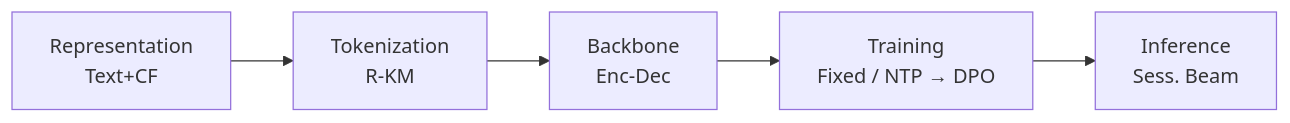
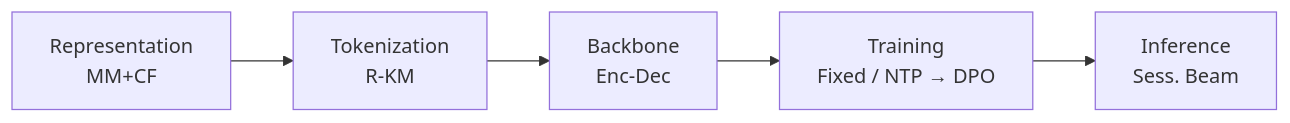
The first of 3 diagrams in pages/papers/onerec.md (Galaxy-ghost/Awesome-SID-Generative-Rec), drawn with Mermaid before and after one commit. The commit also changed other lines of this file and 18 other files, not shown here.

````diff
--- a/pages/papers/onerec.md
+++ b/pages/papers/onerec.md
@@ -11,4 +11,4 @@
 ```mermaid
 flowchart LR
-    R["Representation<br/>Text+CF"] --> T["Tokenization<br/>R-KM"] --> B["Backbone<br/>Enc-Dec"] --> TR["Training<br/>Fixed / NTP → DPO"] --> I["Inference<br/>Sess. Beam"]
+    R["Representation<br/>MM+CF"] --> T["Tokenization<br/>R-KM"] --> B["Backbone<br/>Enc-Dec"] --> TR["Training<br/>Fixed / NTP → DPO"] --> I["Inference<br/>Sess. Beam"]
 ```
````
